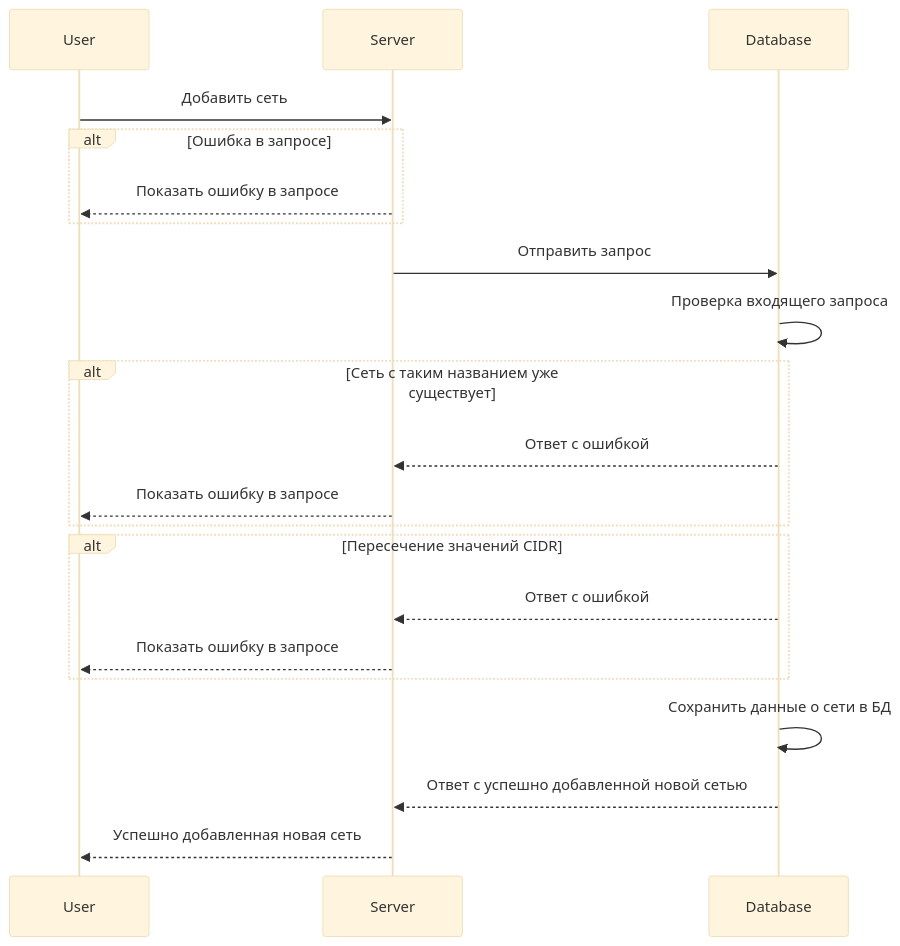
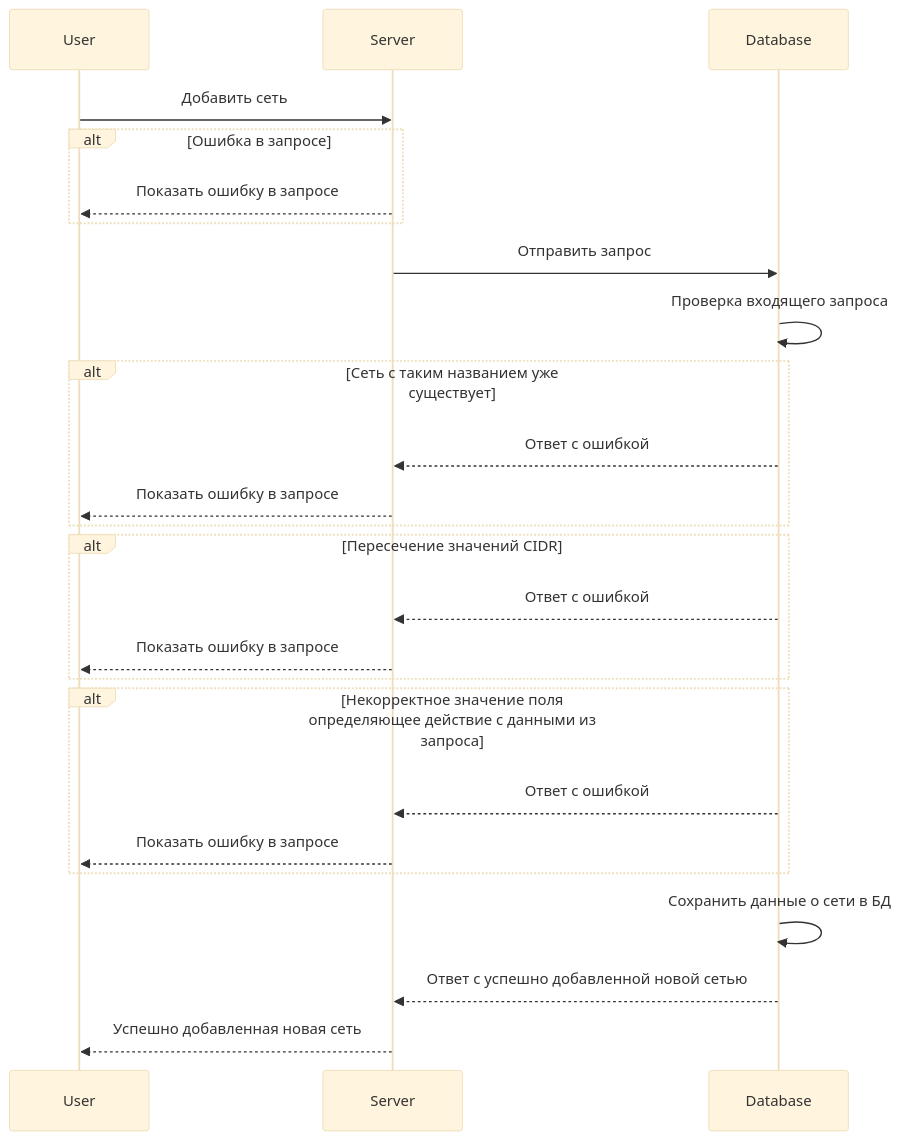
Before and after one commit to wildberries-tech/sgroups: the diagram in documentation/src/snippets/networks/_Api.mdx, drawn with Mermaid (base theme). The commit also changed other lines of this file and 3 other files, not shown here.

````diff
--- a/documentation/src/snippets/networks/_Api.mdx
+++ b/documentation/src/snippets/networks/_Api.mdx
@@ -156,30 +144,35 @@
 ```mermaid
 sequenceDiagram
 participant user as User
 participant server as Server
 participant db as Database
 
 user->>server: Добавить сеть
 
 alt Ошибка в запросе
     server-->>user: Показать ошибку в запросе
 end
 
 server->>db: Отправить запрос
 db->>db: Проверка входящего запроса
 
 alt Сеть с таким названием уже существует
     db-->>server: Ответ с ошибкой
     server-->>user: Показать ошибку в запросе
 end
 
 alt Пересечение значений CIDR
     db-->>server: Ответ с ошибкой
     server-->>user: Показать ошибку в запросе
 end
 
+alt Некорректное значение поля определяющее действие с данными из запроса
+    db-->>server: Ответ с ошибкой
+    server-->>user: Показать ошибку в запросе
+end
+
 db->>db: Сохранить данные о сети в БД
 
 db-->>server: Ответ с успешно добавленной новой сетью
 server-->>user: Успешно добавленная новая сеть
 ```
````
